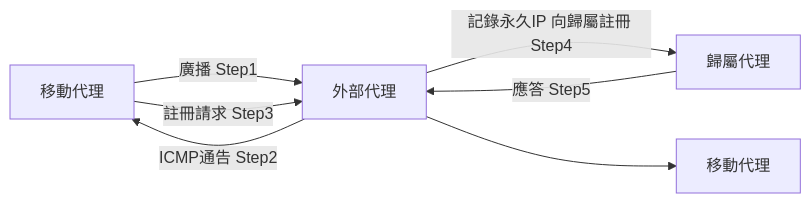
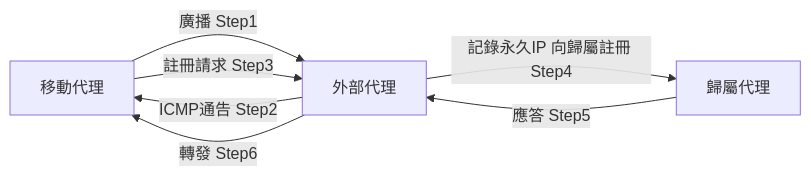
Diagram 12 of 14 in _posts/2021-07-21-04741-internet.md (chchoiw/chchoiw.github.io), drawn with Mermaid before and after one commit. The commit also changed other lines of this file, not shown here.

````diff
--- a/_posts/2021-07-21-04741-internet.md
+++ b/_posts/2021-07-21-04741-internet.md
@@ -995,9 +995,9 @@
 ```mermaid
 graph LR
 A[移動代理]-- 廣播 Step1--> B[外部代理]
 B--ICMP通告 Step2-->A
 A--註冊請求 Step3-->B
 B--記錄永久IP 向歸屬註冊 Step4-->C[歸屬代理]
 C--應答 Step5-->B
-B-->E[移動代理]
+B--轉發 Step6-->A
 ```
````
